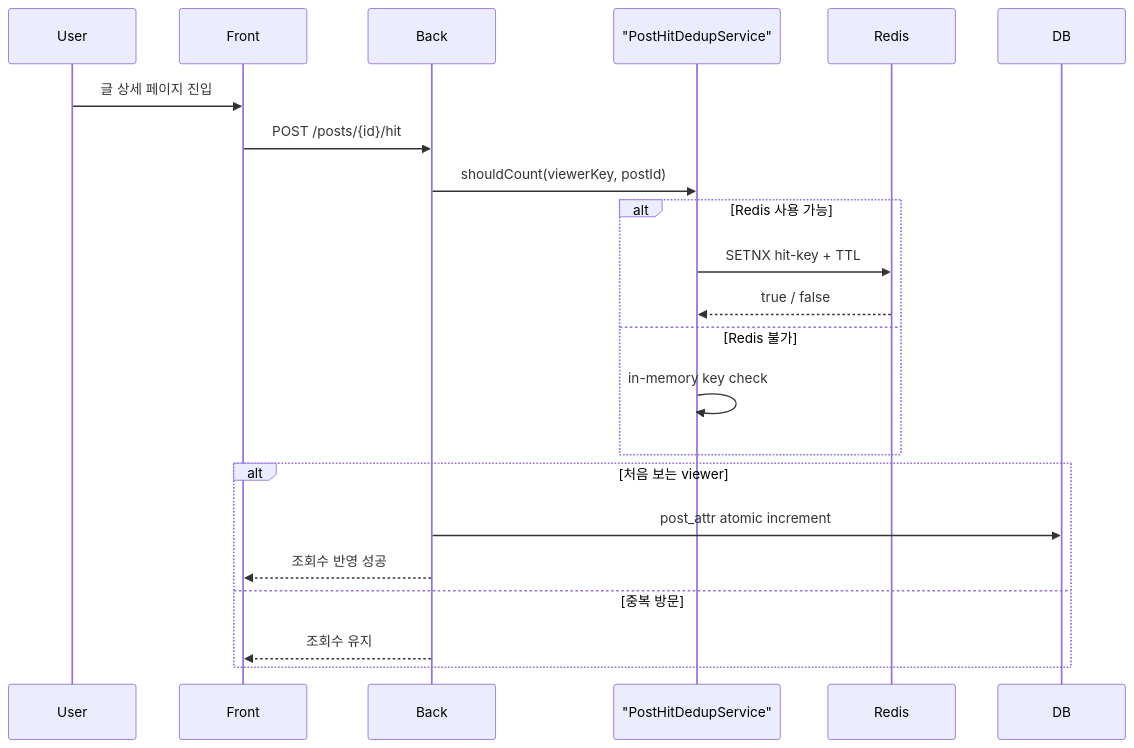
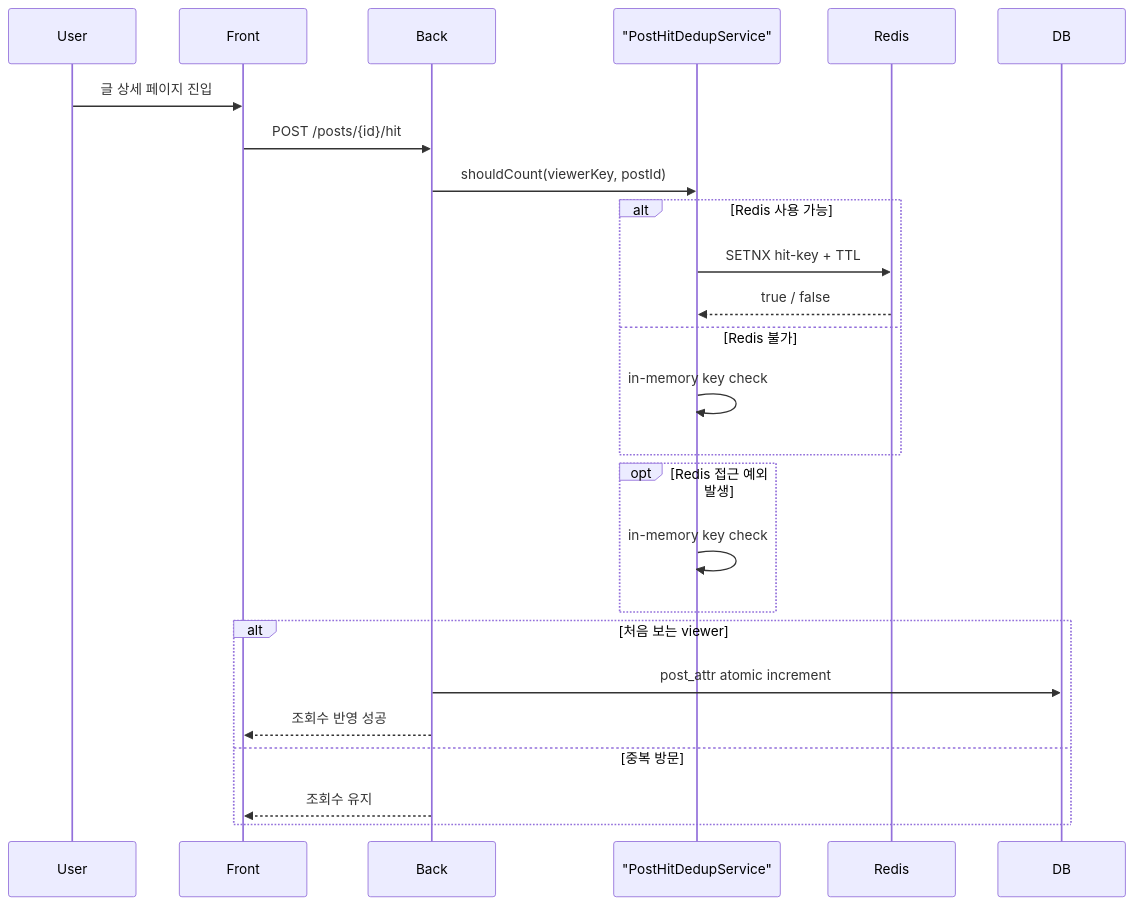
The third of 4 diagrams in docs/troubleshooting/post-like-hit-concurrency.md (AquilaXk/aquila-blog), drawn with Mermaid before and after one commit. The commit also changed other lines of this file and 9 other files, not shown here.

````diff
--- a/docs/troubleshooting/post-like-hit-concurrency.md
+++ b/docs/troubleshooting/post-like-hit-concurrency.md
@@ -279,25 +280,28 @@
 ```mermaid
 sequenceDiagram
     participant User
     participant Front
     participant Back
     participant Dedup as "PostHitDedupService"
     participant Redis
     participant DB
 
     User->>Front: 글 상세 페이지 진입
     Front->>Back: POST /posts/{id}/hit
     Back->>Dedup: shouldCount(viewerKey, postId)
     alt Redis 사용 가능
         Dedup->>Redis: SETNX hit-key + TTL
         Redis-->>Dedup: true / false
     else Redis 불가
         Dedup->>Dedup: in-memory key check
     end
+    opt Redis 접근 예외 발생
+        Dedup->>Dedup: in-memory key check
+    end
     alt 처음 보는 viewer
         Back->>DB: post_attr atomic increment
         Back-->>Front: 조회수 반영 성공
     else 중복 방문
         Back-->>Front: 조회수 유지
     end
 ```
````
